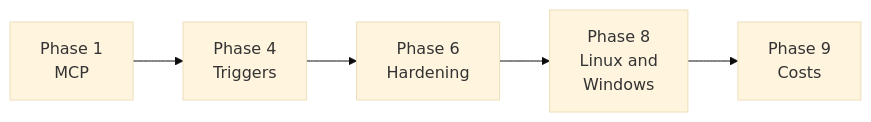
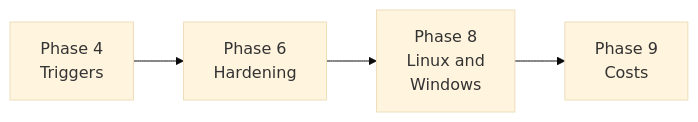
Before and after one commit to MilanPavel/golem: diagram 13 of 13 in docs/sre.md, drawn with Mermaid (base theme). The commit also changed other lines of this file and 84 other files, not shown here.

````diff
--- a/docs/sre.md
+++ b/docs/sre.md
@@ -725,4 +727,4 @@
 ```mermaid
 flowchart LR
-  p1["Phase 1<br/>MCP"] --> p4["Phase 4<br/>Triggers"] --> p6["Phase 6<br/>Hardening"] --> p8["Phase 8<br/>Linux and<br/>Windows"] --> p9["Phase 9<br/>Costs"]
+  p4["Phase 4<br/>Triggers"] --> p6["Phase 6<br/>Hardening"] --> p8["Phase 8<br/>Linux and<br/>Windows"] --> p9["Phase 9<br/>Costs"]
 ```
````
